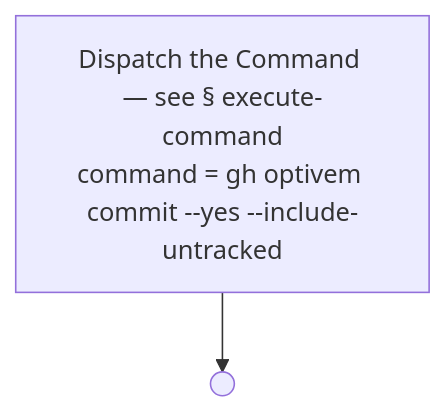
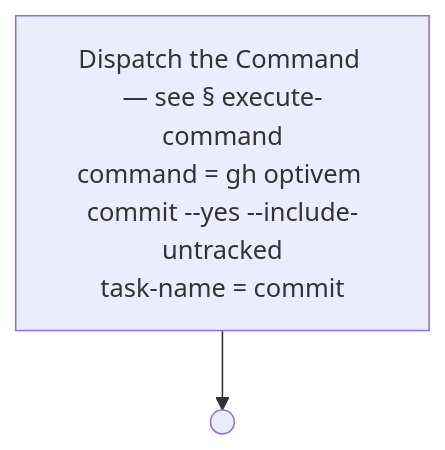
Before and after one commit to optivem/gh-optivem: diagram 40 of 51 in docs/process-diagram.md, drawn with Mermaid. The commit also changed other lines of this file and 6 other files, not shown here.

Commit message:
atdd: regenerate process-flow diagram

````diff
--- a/docs/process-diagram.md
+++ b/docs/process-diagram.md
@@ -721,7 +721,7 @@
 ```mermaid
 flowchart TD
-    EXECUTE_COMMAND["Dispatch the Command — see § execute-command<br/>command = gh optivem commit --yes --include-untracked"]
+    EXECUTE_COMMAND["Dispatch the Command — see § execute-command<br/>command = gh optivem commit --yes --include-untracked<br/>task-name = commit"]
     COMMIT_MID_END(( ))
 
     EXECUTE_COMMAND --> COMMIT_MID_END
 ```
````
